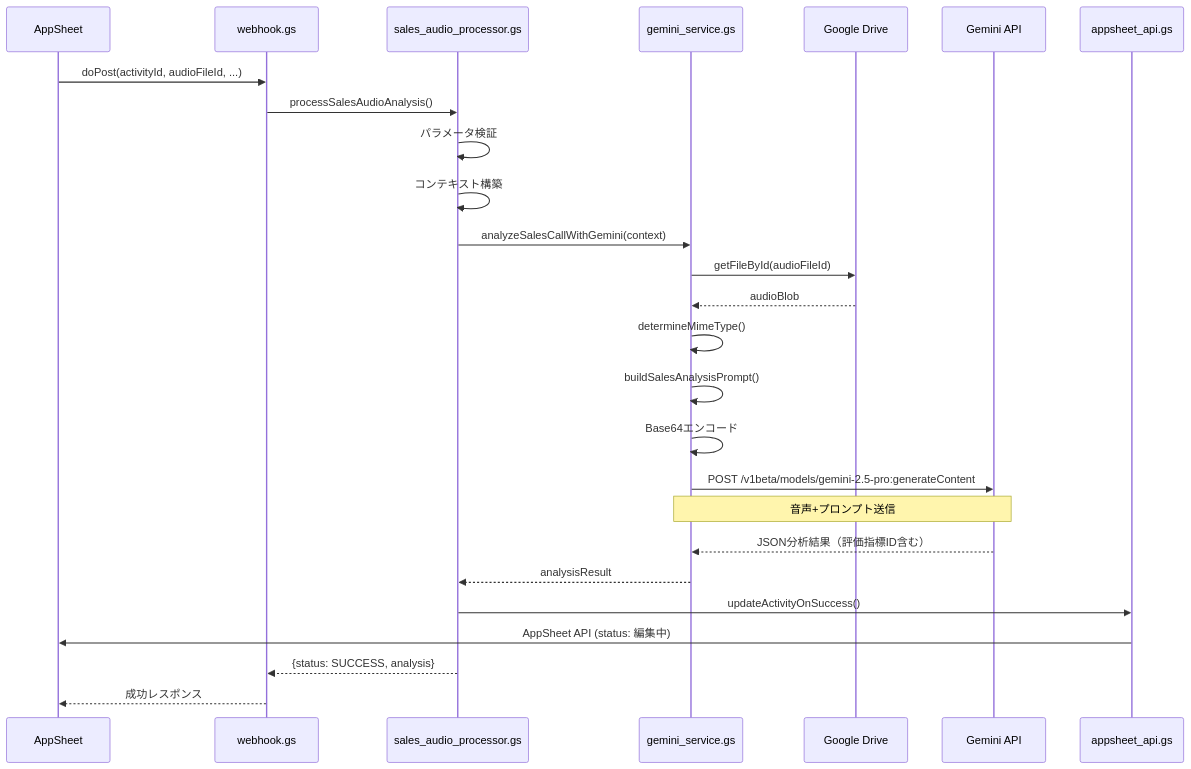
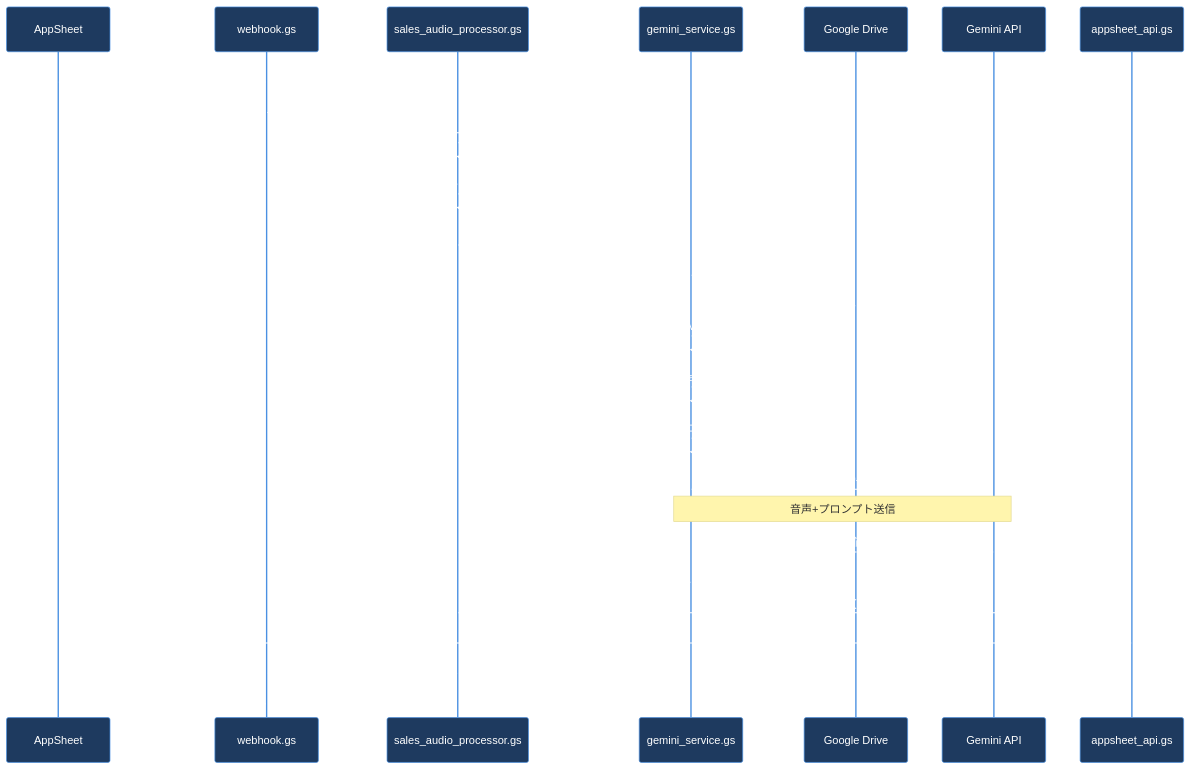
The second of 4 diagrams in gas_projects/Appsheet_営業_音声記録/SCRIPT_ARCHITECTURE.md (tasai-lab/appsheet-gas-automation), drawn with Mermaid before and after one commit. The commit also changed other lines of this file and 4 other files, not shown here.

First line of the commit message:
docs: 全ての図に配色ガイドライン準拠の配色を適用

````diff
--- a/gas_projects/Appsheet_営業_音声記録/SCRIPT_ARCHITECTURE.md
+++ b/gas_projects/Appsheet_営業_音声記録/SCRIPT_ARCHITECTURE.md
@@ -153,34 +161,37 @@
 ```mermaid
 sequenceDiagram
     participant AS as AppSheet
     participant WH as webhook.gs
     participant PR as sales_audio_processor.gs
     participant GS as gemini_service.gs
     participant DR as Google Drive
     participant GA as Gemini API
     participant API as appsheet_api.gs
     
     AS->>WH: doPost(activityId, audioFileId, ...)
     WH->>PR: processSalesAudioAnalysis()
     
     PR->>PR: パラメータ検証
     PR->>PR: コンテキスト構築
     
     PR->>GS: analyzeSalesCallWithGemini(context)
     GS->>DR: getFileById(audioFileId)
     DR-->>GS: audioBlob
     GS->>GS: determineMimeType()
     GS->>GS: buildSalesAnalysisPrompt()
     GS->>GS: Base64エンコード
     
-    GS->>GA: POST /v1beta/models/gemini-2.5-pro:generateContent
+    GS->>GA: POST /v1beta/models/gemini-2.0-flash-exp:generateContent
     Note over GS,GA: 音声+プロンプト送信
     GA-->>GS: JSON分析結果（評価指標ID含む）
     GS-->>PR: analysisResult
     
     PR->>API: updateActivityOnSuccess()
     API->>AS: AppSheet API (status: 編集中)
     
     PR-->>WH: {status: SUCCESS, analysis}
     WH-->>AS: 成功レスポンス
+    
+    %% スタイル定義（ダークモード対応）
+    %%{init: {'theme':'base', 'themeVariables': {'primaryColor':'#1e3a5f','primaryTextColor':'#fff','primaryBorderColor':'#4a90e2','lineColor':'#4a90e2','secondaryColor':'#5f4c1e','tertiaryColor':'#1e5f3a'}}}%%
 ```
````
